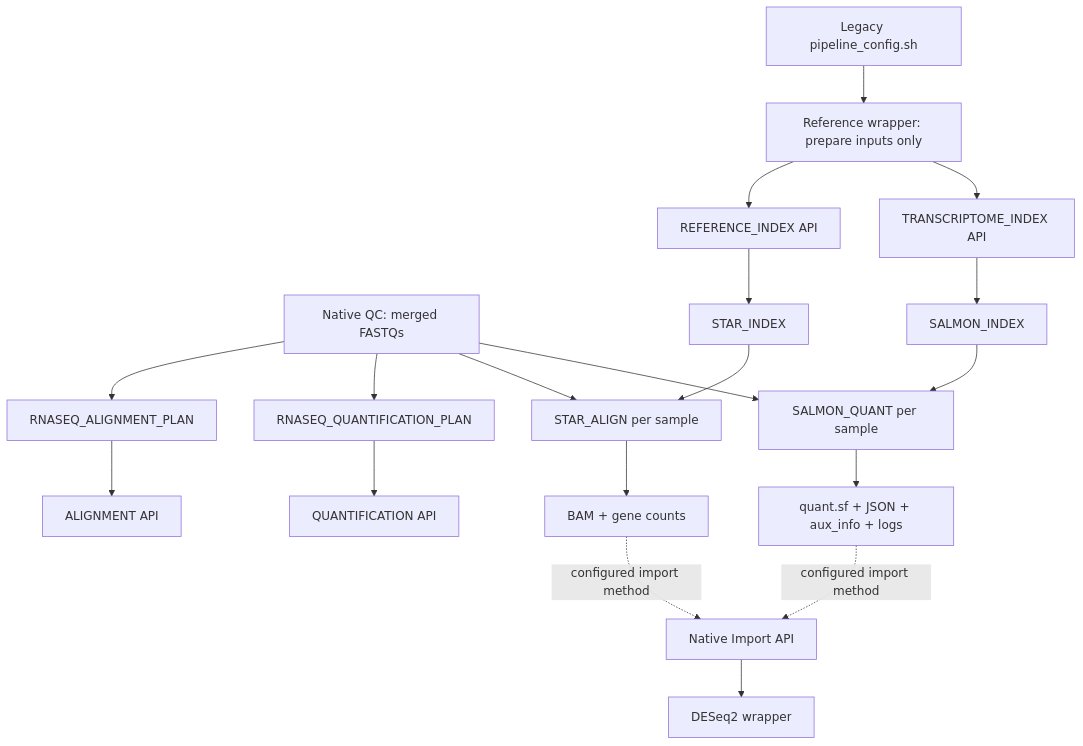
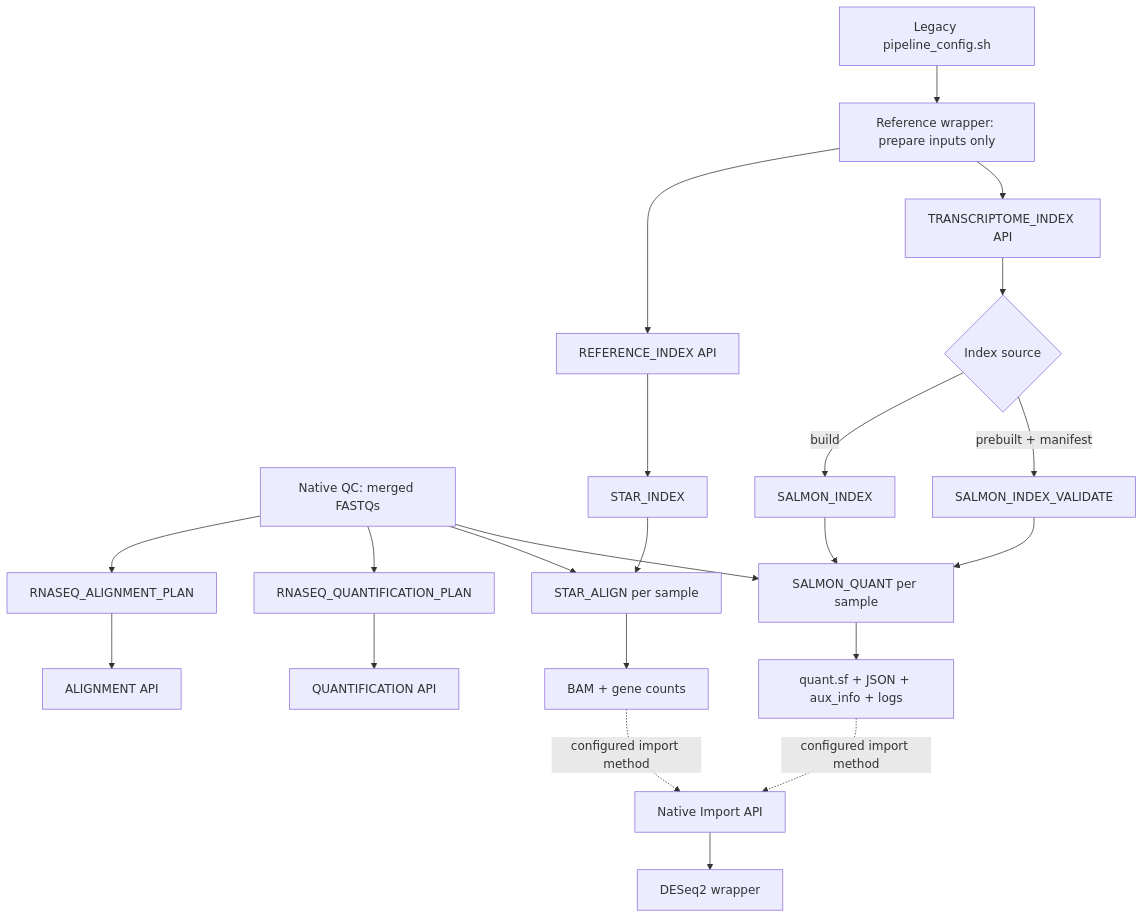
One commit to GMiguelAlves/HelixForge changed the diagram in docs/native-rnaseq-quantification.md. Above: the diagram before and after it, drawn with Mermaid. The commit also changed other lines of this file and 3 other files, not shown here.

Commit message:
Document Salmon index reuse

````diff
--- a/docs/native-rnaseq-quantification.md
+++ b/docs/native-rnaseq-quantification.md
@@ -40,21 +40,24 @@
 ```mermaid
 flowchart TD
     CFG["Legacy pipeline_config.sh"] --> REF["Reference wrapper: prepare inputs only"]
     QC["Native QC: merged FASTQs"] --> AP["RNASEQ_ALIGNMENT_PLAN"]
     QC --> QP["RNASEQ_QUANTIFICATION_PLAN"]
     REF --> RI["REFERENCE_INDEX API"]
     AP --> AL["ALIGNMENT API"]
     RI --> SI["STAR_INDEX"]
     SI --> SA["STAR_ALIGN per sample"]
     REF --> TI["TRANSCRIPTOME_INDEX API"]
     QP --> QU["QUANTIFICATION API"]
-    TI --> SX["SALMON_INDEX"]
+    TI --> IDX{"Index source"}
+    IDX -->|build| SX["SALMON_INDEX"]
+    IDX -->|prebuilt + manifest| SV["SALMON_INDEX_VALIDATE"]
     SX --> SQ["SALMON_QUANT per sample"]
+    SV --> SQ
     QC --> SA
     QC --> SQ
     SA --> STAROUT["BAM + gene counts"]
     SQ --> SALMONOUT["quant.sf + JSON + aux_info + logs"]
     STAROUT -. "configured import method" .-> TX["Native Import API"]
     SALMONOUT -. "configured import method" .-> TX
     TX --> DEG["DESeq2 wrapper"]
 ```
````
